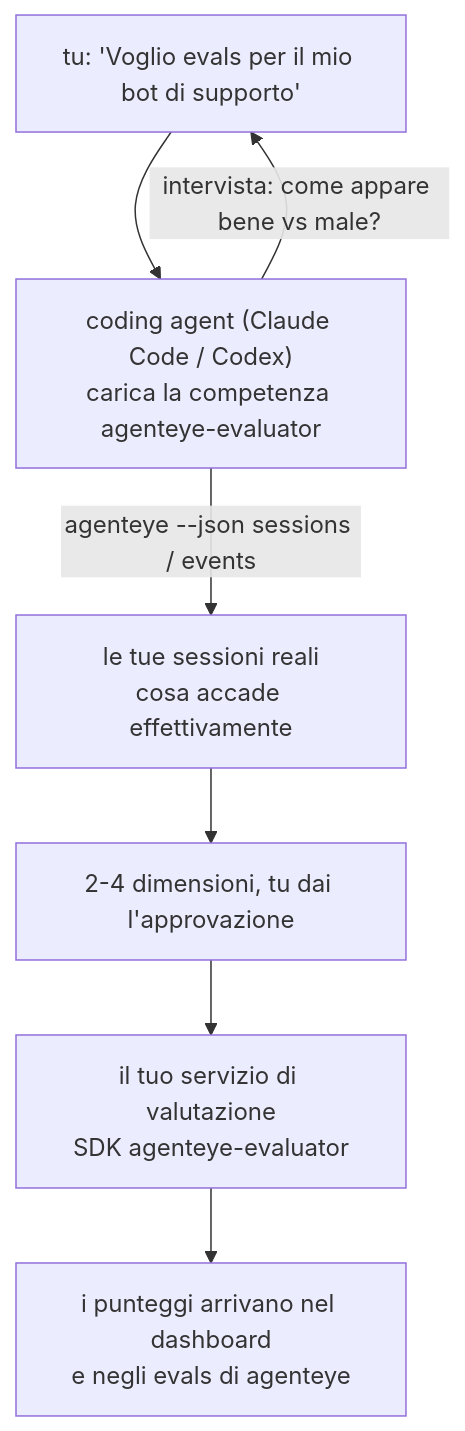
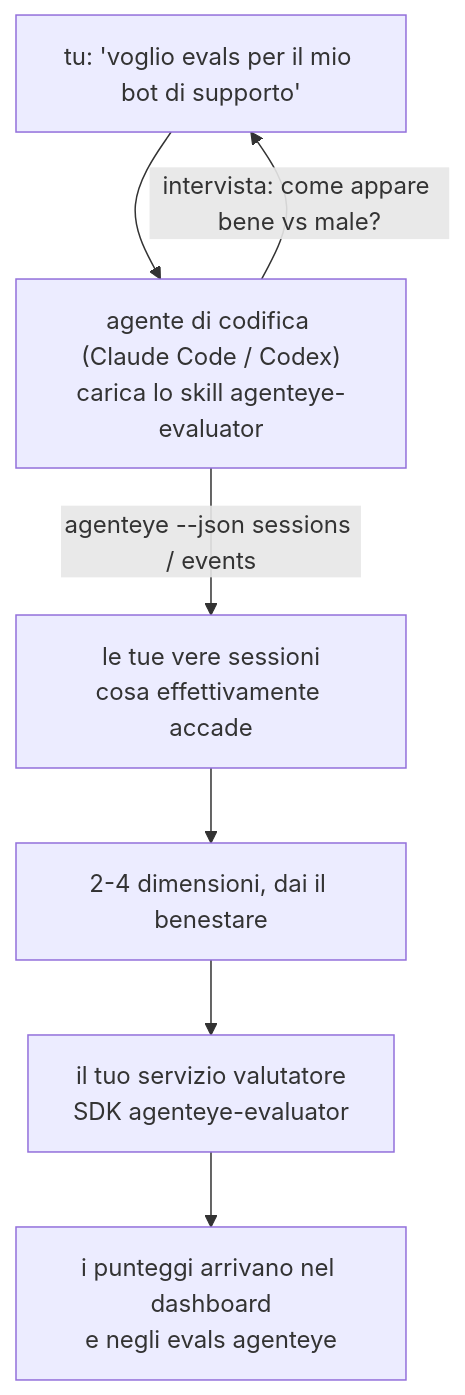
One commit to FailproofAI/failproofai changed the diagram in docs/it/agenteye/evaluator-skill.mdx. Above: the diagram before and after it, drawn with Mermaid. The commit also changed other lines of this file and 654 other files, not shown here.

````diff
--- a/docs/it/agenteye/evaluator-skill.mdx
+++ b/docs/it/agenteye/evaluator-skill.mdx
@@ -21,9 +21,9 @@
 ```mermaid
 flowchart TD
-    YOU["tu: 'Voglio evals per il mio bot di supporto'"] --> AGENT["coding agent (Claude Code / Codex)<br/>carica la competenza agenteye-evaluator"]
+    YOU["tu: 'voglio evals per il mio bot di supporto'"] --> AGENT["agente di codifica (Claude Code / Codex)<br/>carica lo skill agenteye-evaluator"]
     AGENT -->|"intervista: come appare bene vs male?"| YOU
-    AGENT -->|"agenteye --json sessions / events"| DATA["le tue sessioni reali<br/>cosa accade effettivamente"]
-    DATA --> DIMS["2-4 dimensioni, tu dai l'approvazione"]
-    DIMS --> SVC["il tuo servizio di valutazione<br/>SDK agenteye-evaluator"]
-    SVC --> SCORES["i punteggi arrivano nel dashboard<br/>e negli evals di agenteye"]
+    AGENT -->|"agenteye --json sessions / events"| DATA["le tue vere sessioni<br/>cosa effettivamente accade"]
+    DATA --> DIMS["2-4 dimensioni, dai il benestare"]
+    DIMS --> SVC["il tuo servizio valutatore<br/>SDK agenteye-evaluator"]
+    SVC --> SCORES["i punteggi arrivano nel dashboard<br/>e negli evals agenteye"]
 ```
````
